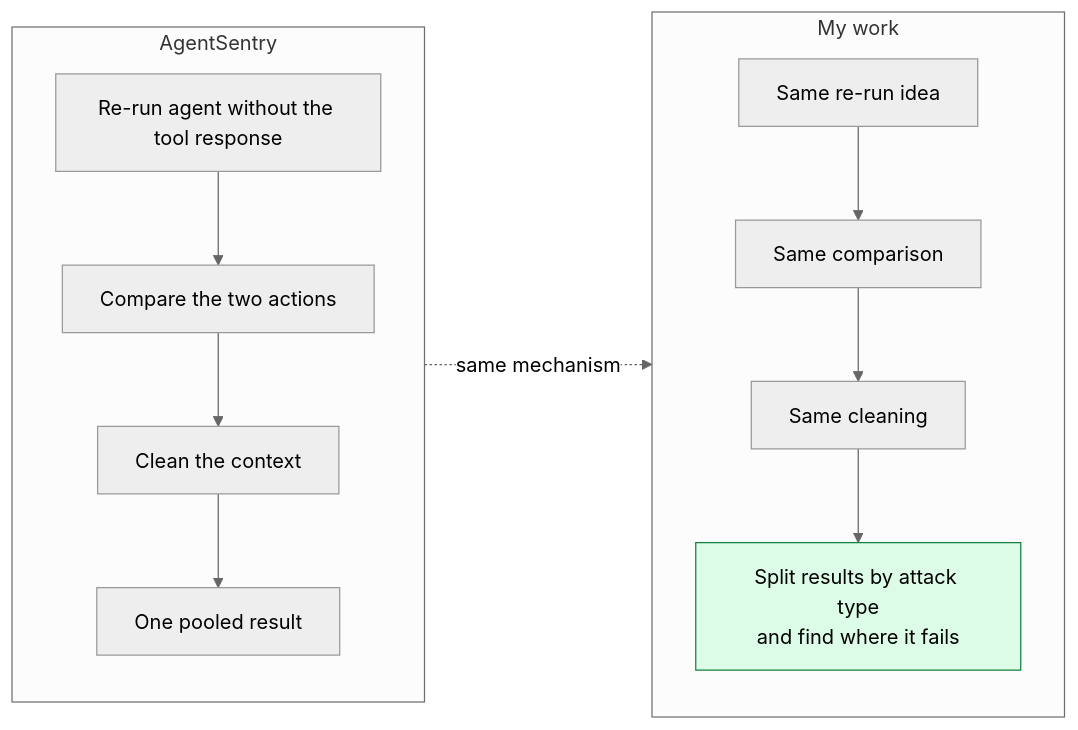
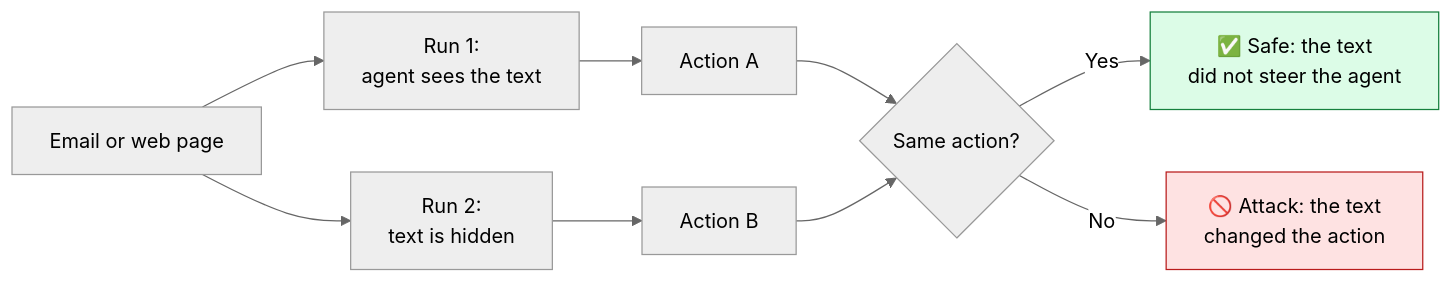
Before and after one commit to ahmadkhanraj01/adaptishield: the third of 7 diagrams in writeup/07-how-my-research-differs.md, drawn with Mermaid (neutral theme). The commit also changed other lines of this file, not shown here.

````diff
--- a/writeup/07-how-my-research-differs.md
+++ b/writeup/07-how-my-research-differs.md
@@ -68,13 +60,13 @@
 ```mermaid
 flowchart LR
-    subgraph AS["AgentSentry"]
-      direction TB
-      a1["Re-run agent without the tool response"] --> a2["Compare the two actions"] --> a3["Clean the context"] --> a4["One pooled result"]
-    end
-    subgraph ME["My work"]
-      direction TB
-      m1["Same re-run idea"] --> m2["Same comparison"] --> m3["Same cleaning"] --> m4["Split results by attack type<br/>and find where it fails"]
-    end
-    AS -. same mechanism .-> ME
-    style m4 fill:#dcfce7,stroke:#15803d
+    IN["Email or web page"] --> R1["Run 1:<br/>agent sees the text"]
+    IN --> R2["Run 2:<br/>text is hidden"]
+    R1 --> A1["Action A"]
+    R2 --> A2["Action B"]
+    A1 --> C{"Same action?"}
+    A2 --> C
+    C -->|"Yes"| OK["✅ Safe: the text<br/>did not steer the agent"]
+    C -->|"No"| BAD["🚫 Attack: the text<br/>changed the action"]
+    style OK fill:#dcfce7,stroke:#15803d
+    style BAD fill:#fee2e2,stroke:#b91c1c
 ```
````
